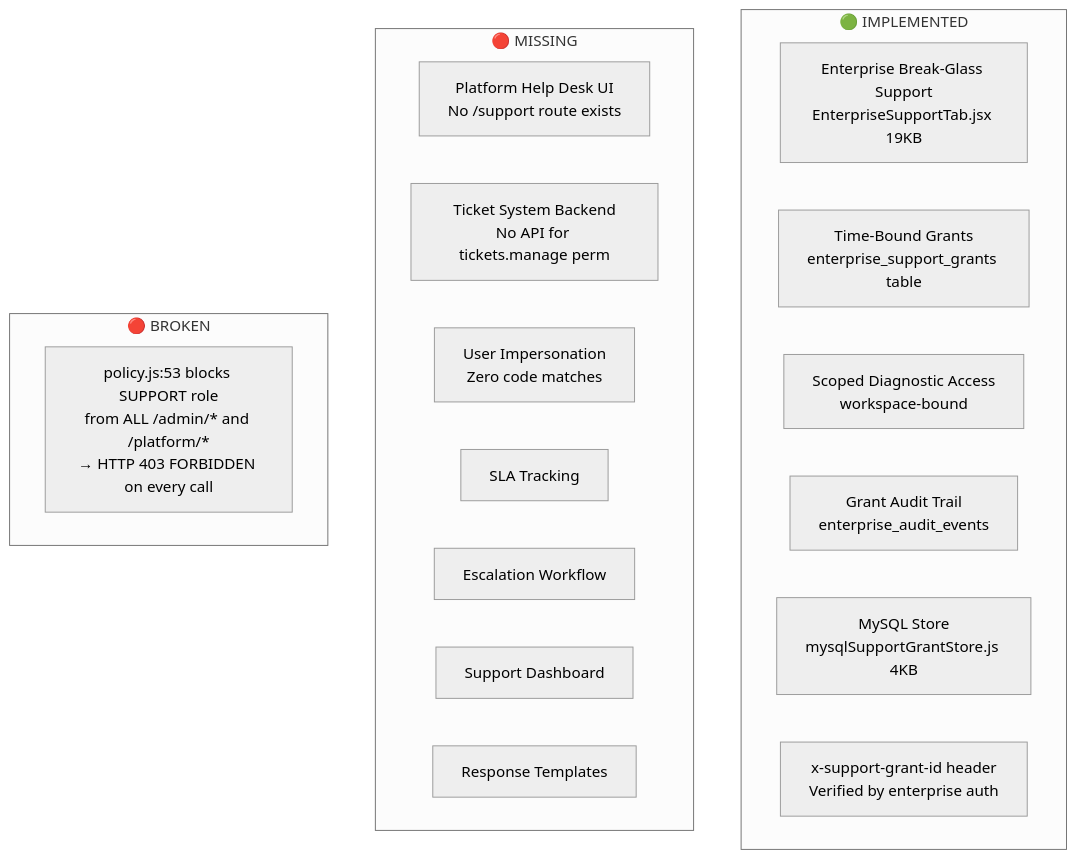
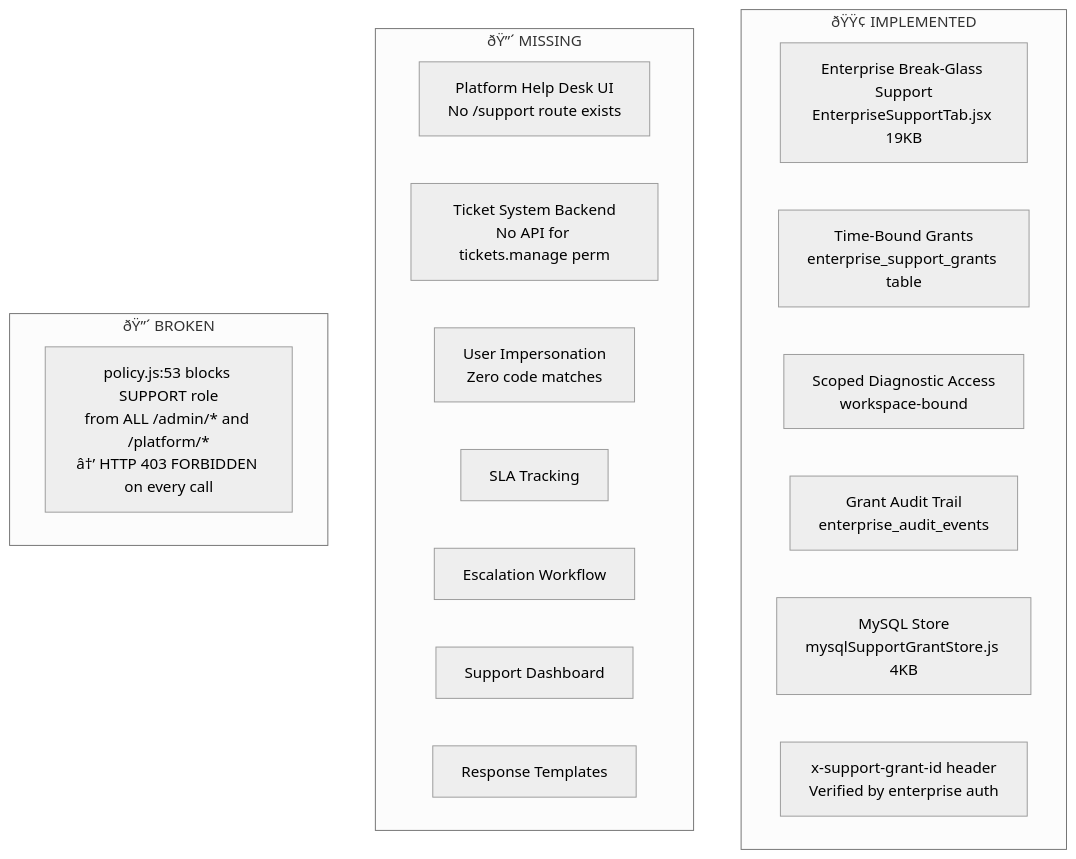
Before and after one commit to bhaskarbeyond-creator/ResumePilotAi: the ninth of 18 diagrams in architecture-flowchart.md, drawn with Mermaid (neutral theme). The commit also changed other lines of this file and 1 other file, not shown here.

````diff
--- a/architecture-flowchart.md
+++ b/architecture-flowchart.md
@@ -1004,25 +1004,25 @@
 ```mermaid
 graph TD
-    subgraph "🟢 IMPLEMENTED"
+    subgraph "ðŸŸ¢ IMPLEMENTED"
         ESG[Enterprise Break-Glass Support<br/>EnterpriseSupportTab.jsx 19KB]
         GRANT[Time-Bound Grants<br/>enterprise_support_grants table]
         SCOPE[Scoped Diagnostic Access<br/>workspace-bound]
         AUDIT_S[Grant Audit Trail<br/>enterprise_audit_events]
         STORE[MySQL Store<br/>mysqlSupportGrantStore.js 4KB]
         HEADER[x-support-grant-id header<br/>Verified by enterprise auth]
     end
 
-    subgraph "🔴 MISSING"
+    subgraph "ðŸ”´ MISSING"
         HELPDESK["Platform Help Desk UI<br/>No /support route exists"]
         TICKETS["Ticket System Backend<br/>No API for tickets.manage perm"]
         IMPERSONATE["User Impersonation<br/>Zero code matches"]
         SLA["SLA Tracking"]
         ESCALATION["Escalation Workflow"]
         SUPPORT_DASH["Support Dashboard"]
         TEMPLATES["Response Templates"]
     end
 
-    subgraph "🔴 BROKEN"
-        POLICY_BLOCK["policy.js:53 blocks SUPPORT role<br/>from ALL /admin/* and /platform/*<br/>→ HTTP 403 FORBIDDEN on every call"]
+    subgraph "ðŸ”´ BROKEN"
+        POLICY_BLOCK["policy.js:53 blocks SUPPORT role<br/>from ALL /admin/* and /platform/*<br/>â†’ HTTP 403 FORBIDDEN on every call"]
     end
 ```
````
